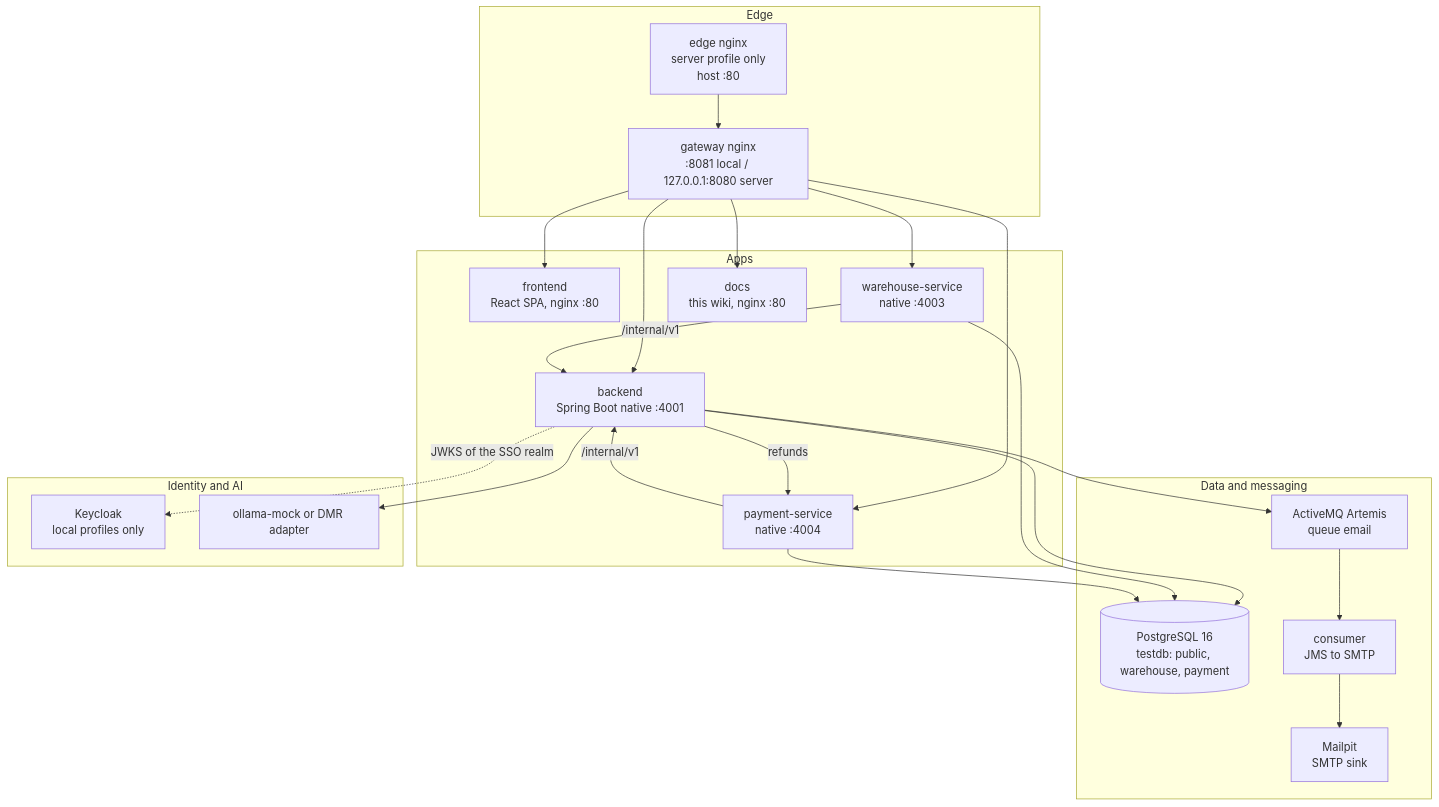
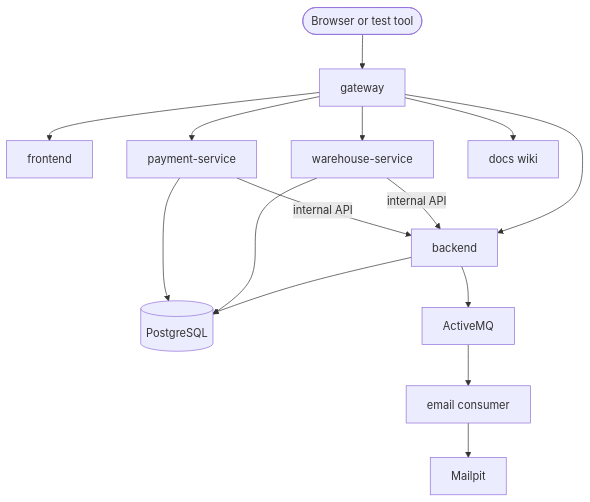
Before and after one commit to slawekradzyminski/awesome-localstack: the diagram in docs-site/docs/architecture/index.md, drawn with Mermaid. The commit also changed other lines of this file and 27 other files, not shown here.

First line of the commit message:
Fix unrendered wiki diagrams and make every diagram readable

````diff
--- a/docs-site/docs/architecture/index.md
+++ b/docs-site/docs/architecture/index.md
@@ -8,32 +8,15 @@
 ```mermaid
 flowchart TB
-    subgraph Edge
-        E[edge nginx<br/>server profile only<br/>host :80]
-        G[gateway nginx<br/>:8081 local / 127.0.0.1:8080 server]
-    end
-    subgraph Apps
-        F[frontend<br/>React SPA, nginx :80]
-        B[backend<br/>Spring Boot native :4001]
-        W[warehouse-service<br/>native :4003]
-        P[payment-service<br/>native :4004]
-        D[docs<br/>this wiki, nginx :80]
-    end
-    subgraph Data and messaging
-        DB[(PostgreSQL 16<br/>testdb: public, warehouse, payment)]
-        MQ[ActiveMQ Artemis<br/>queue email]
-        C[consumer<br/>JMS to SMTP]
-        M[Mailpit<br/>SMTP sink]
-    end
-    subgraph Identity and AI
-        K[Keycloak<br/>local profiles only]
-        L[ollama-mock or DMR adapter]
-    end
-    E --> G
-    G --> F & B & W & P & D
-    W & P -->|/internal/v1| B
-    B -->|refunds| P
-    B & W & P --> DB
-    B --> MQ --> C --> M
-    B -. JWKS of the SSO realm .-> K
-    B --> L
+    U([Browser or test tool]) --> G[gateway]
+    G --> F[frontend]
+    G --> B[backend]
+    G --> W[warehouse-service]
+    G --> P[payment-service]
+    G --> D[docs wiki]
+    W -->|internal API| B
+    P -->|internal API| B
+    B --> DB[(PostgreSQL)]
+    W --> DB
+    P --> DB
+    B --> MQ[ActiveMQ] --> C[email consumer] --> M[Mailpit]
 ```
````
